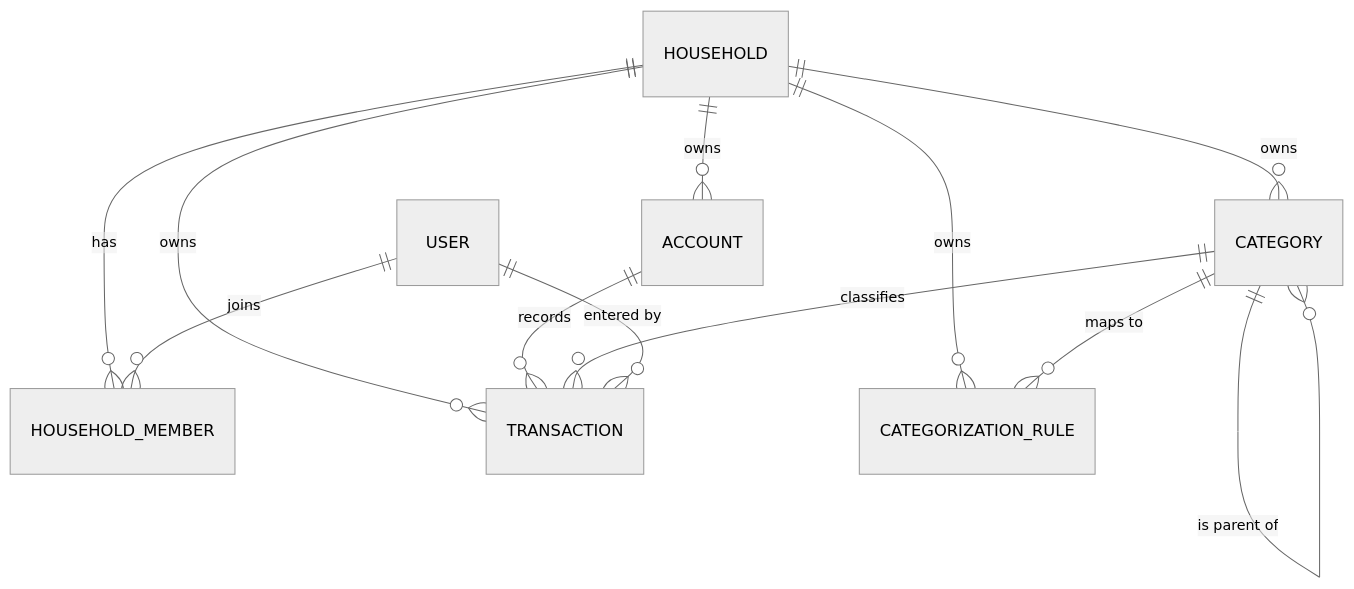
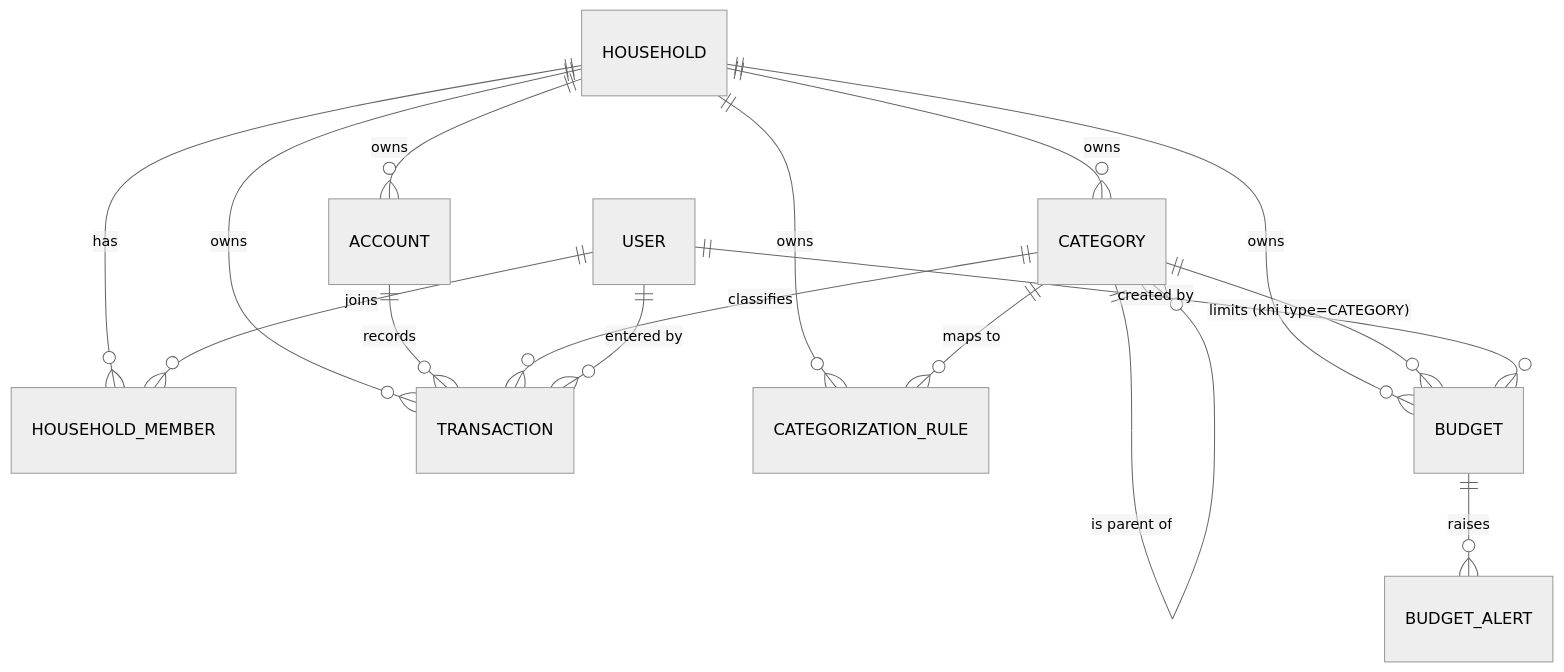
One commit to tuanpham197/mango-family changed the diagram in specs/entities/entity-model.md. Above: the diagram before and after it, drawn with Mermaid (neutral theme). The commit also changed other lines of this file and 41 other files, not shown here.

````diff
--- a/specs/entities/entity-model.md
+++ b/specs/entities/entity-model.md
@@ -11,14 +13,18 @@
 ```mermaid
 erDiagram
     HOUSEHOLD ||--o{ HOUSEHOLD_MEMBER : "has"
     USER ||--o{ HOUSEHOLD_MEMBER : "joins"
     HOUSEHOLD ||--o{ CATEGORY : "owns"
     HOUSEHOLD ||--o{ TRANSACTION : "owns"
     HOUSEHOLD ||--o{ ACCOUNT : "owns"
     HOUSEHOLD ||--o{ CATEGORIZATION_RULE : "owns"
+    HOUSEHOLD ||--o{ BUDGET : "owns"
     ACCOUNT ||--o{ TRANSACTION : "records"
     CATEGORY ||--o{ CATEGORY : "is parent of"
     CATEGORY ||--o{ TRANSACTION : "classifies"
     CATEGORY ||--o{ CATEGORIZATION_RULE : "maps to"
+    CATEGORY ||--o{ BUDGET : "limits (khi type=CATEGORY)"
+    BUDGET ||--o{ BUDGET_ALERT : "raises"
     USER ||--o{ TRANSACTION : "entered by"
+    USER ||--o{ BUDGET : "created by"
 ```
````
